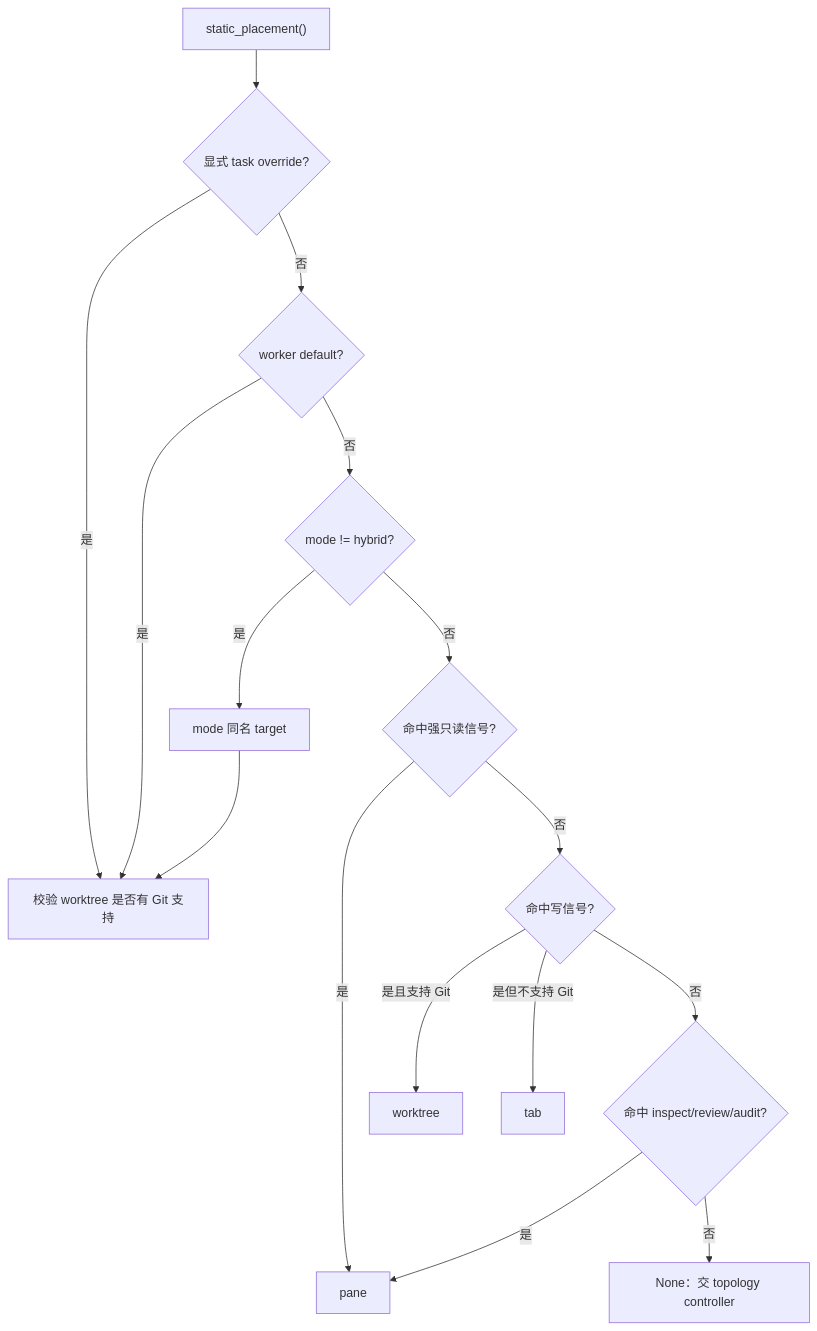
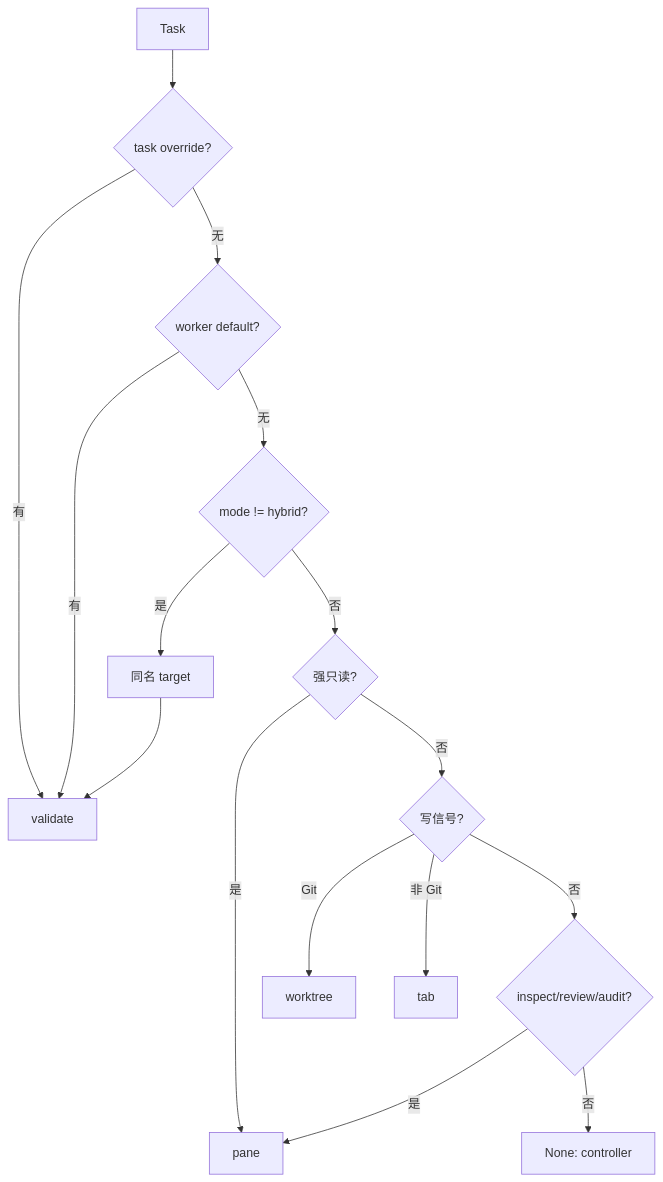
Before and after one commit to oldwinter/herdr-orchestrator: the second of 4 diagrams in droid-wiki/primitives/placement-and-worktrees.md, drawn with Mermaid. The commit also changed other lines of this file and 62 other files, not shown here.

````diff
--- a/droid-wiki/primitives/placement-and-worktrees.md
+++ b/droid-wiki/primitives/placement-and-worktrees.md
@@ -23,17 +84,17 @@
 ```mermaid
 flowchart TD
-    Start["static_placement()"] --> Override{显式 task override?}
-    Override -->|是| Validate["校验 worktree 是否有 Git 支持"]
-    Override -->|否| Worker{worker default?}
-    Worker -->|是| Validate
-    Worker -->|否| Mode{mode != hybrid?}
-    Mode -->|是| Forced["mode 同名 target"] --> Validate
-    Mode -->|否| HardRO{命中强只读信号?}
-    HardRO -->|是| Pane["pane"]
-    HardRO -->|否| Write{命中写信号?}
-    Write -->|是且支持 Git| Worktree["worktree"]
-    Write -->|是但不支持 Git| Tab["tab"]
-    Write -->|否| Read{命中 inspect/review/audit?}
-    Read -->|是| Pane
-    Read -->|否| Undecided["None：交 topology controller"]
+    A[Task] --> B{task override?}
+    B -->|有| V[validate]
+    B -->|无| C{worker default?}
+    C -->|有| V
+    C -->|无| D{mode != hybrid?}
+    D -->|是| M[同名 target] --> V
+    D -->|否| E{强只读?}
+    E -->|是| P[pane]
+    E -->|否| F{写信号?}
+    F -->|Git| W[worktree]
+    F -->|非 Git| T[tab]
+    F -->|否| G{inspect/review/audit?}
+    G -->|是| P
+    G -->|否| U[None: controller]
 ```
````
